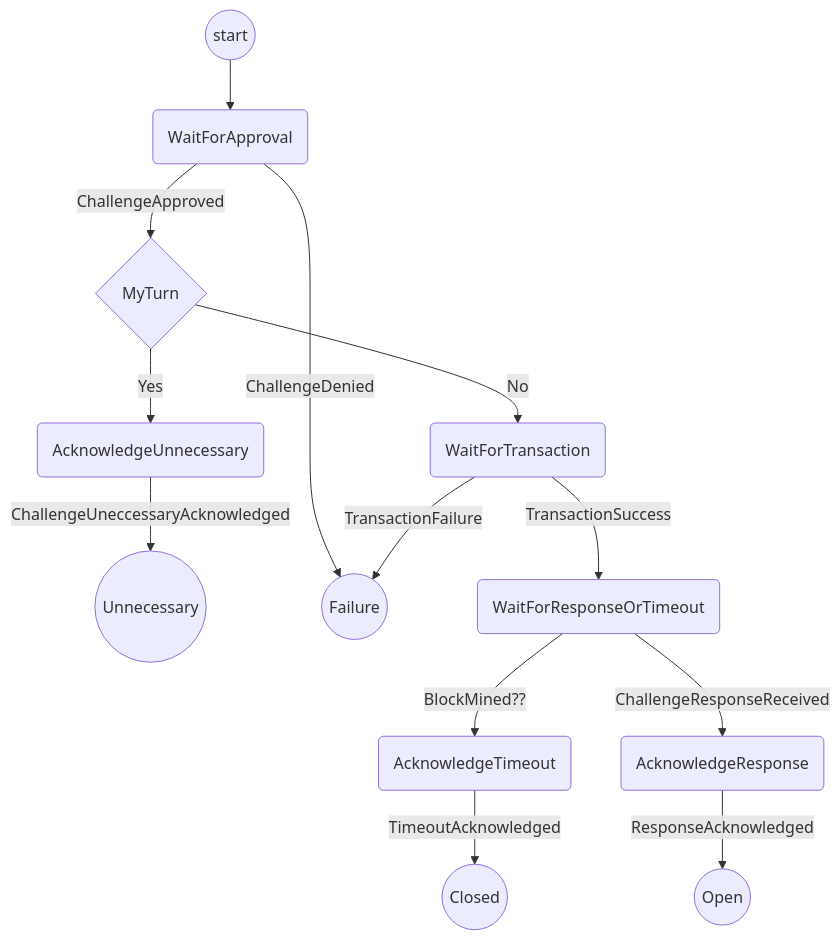
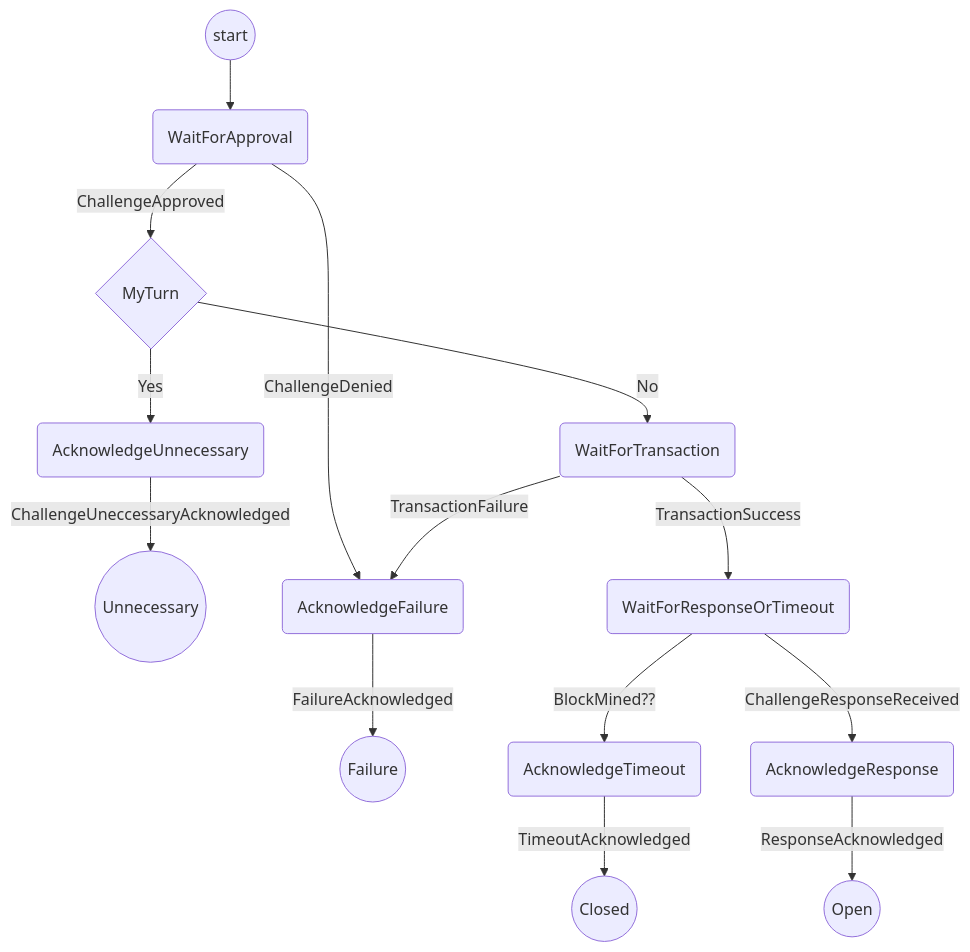
One commit to magmo/apps changed the diagram in packages/wallet/src/redux/protocols/challenging/readme.md. Above: the diagram before and after it, drawn with Mermaid. The commit also changed other lines of this file and 1 other file, not shown here.

Commit message:
Challenging actions

````diff
--- a/packages/wallet/src/redux/protocols/challenging/readme.md
+++ b/packages/wallet/src/redux/protocols/challenging/readme.md
@@ -17,15 +18,16 @@
 ```mermaid
 graph TD
   S((start)) --> WFA(WaitForApproval)
   WFA --> |ChallengeApproved| MT{MyTurn}
   MT --> |No| WFT(WaitForTransaction)
   MT --> |Yes| AU(AcknowledgeUnnecessary)
   AU --> |ChallengeUneccessaryAcknowledged| SU((Unnecessary))
-  WFA --> |ChallengeDenied| F((Failure))
+  WFA --> |ChallengeDenied| AF(AcknowledgeFailure)
+  AF --> |FailureAcknowledged| F((Failure))
   WFT --> |TransactionSuccess| WFRT(WaitForResponseOrTimeout)
-  WFT --> |TransactionFailure| F
+  WFT --> |TransactionFailure| AF
   WFRT --> |BlockMined??| AT(AcknowledgeTimeout)
   AT --> |TimeoutAcknowledged| SC((Closed))
   WFRT --> |ChallengeResponseReceived| AR(AcknowledgeResponse)
   AR --> |ResponseAcknowledged| SP((Open))
 ```
````
